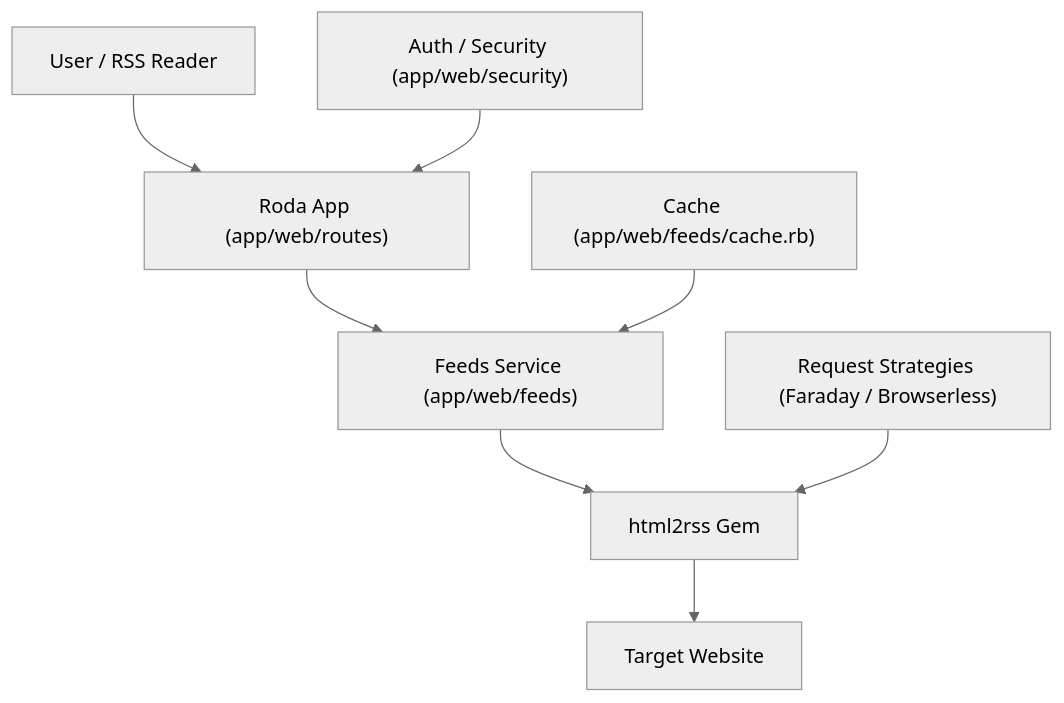
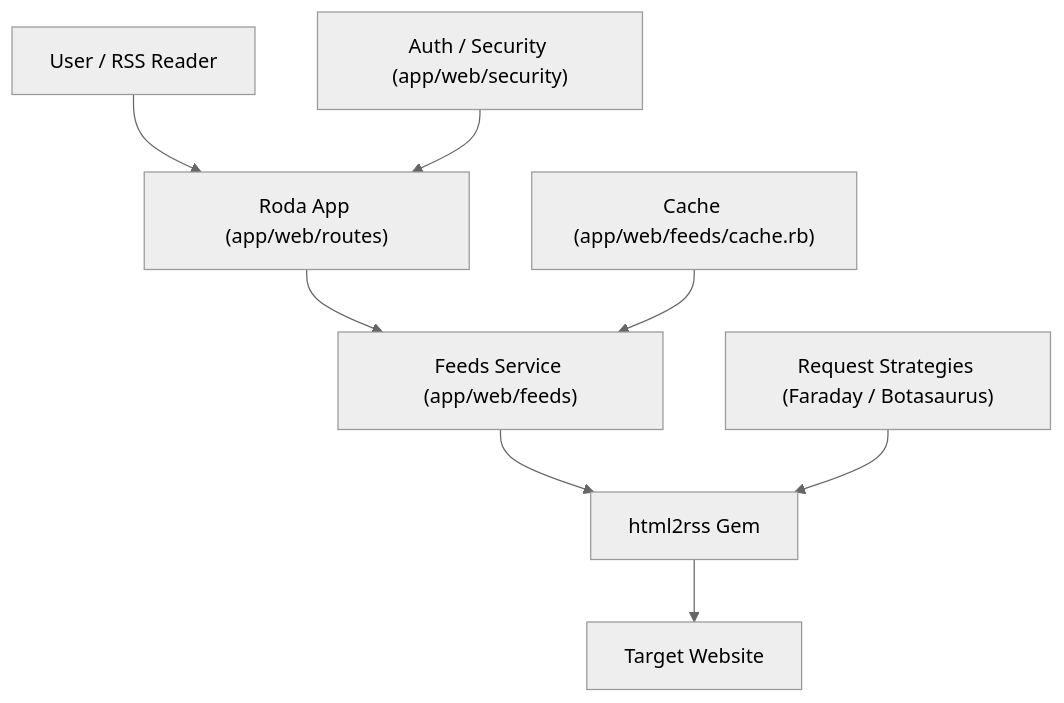
One commit to html2rss/html2rss-web changed the diagram in docs/architecture.md. Above: the diagram before and after it, drawn with Mermaid (neutral theme). The commit also changed other lines of this file and 6 other files, not shown here.

````diff
--- a/docs/architecture.md
+++ b/docs/architecture.md
@@ -7,10 +7,10 @@
 ```mermaid
 flowchart TD
     user["User / RSS Reader"] --> routes["Roda App (app/web/routes)"]
     security["Auth / Security (app/web/security)"] --> routes
     routes --> feeds["Feeds Service (app/web/feeds)"]
     cache["Cache (app/web/feeds/cache.rb)"] --> feeds
     feeds --> gem["html2rss Gem"]
-    strategies["Request Strategies (Faraday / Browserless)"] --> gem
+    strategies["Request Strategies (Faraday / Botasaurus)"] --> gem
     gem --> target["Target Website"]
 ```
````
